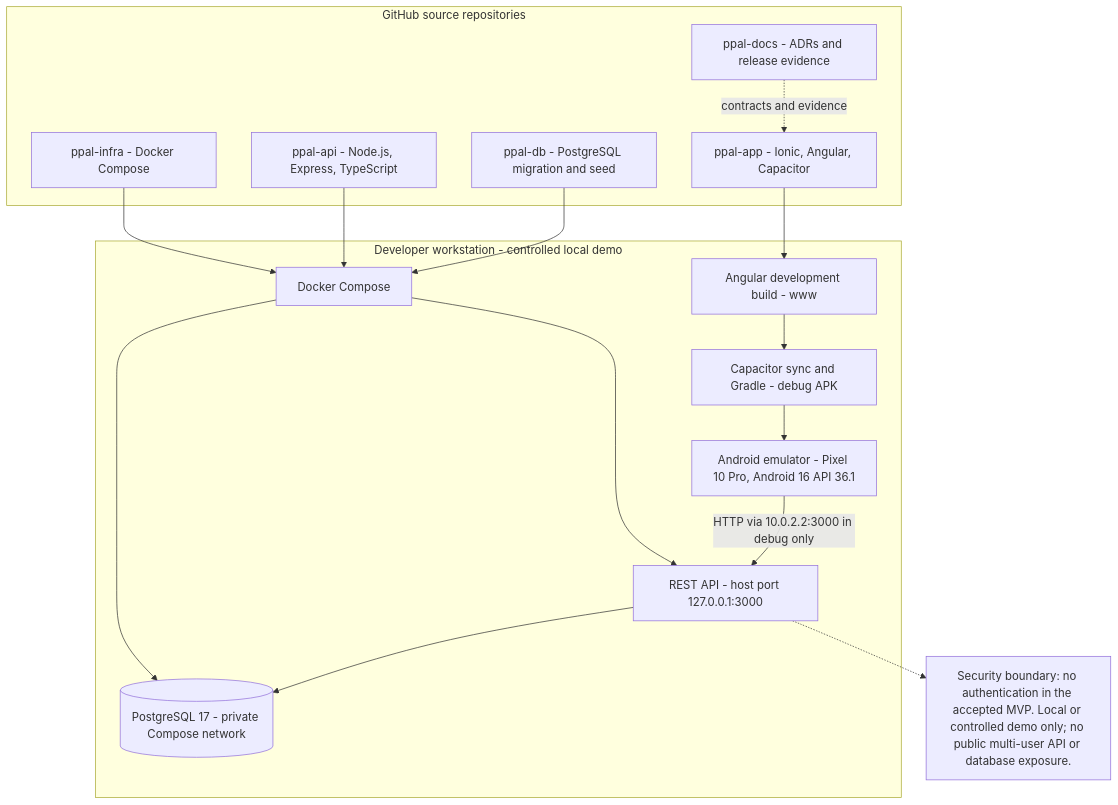
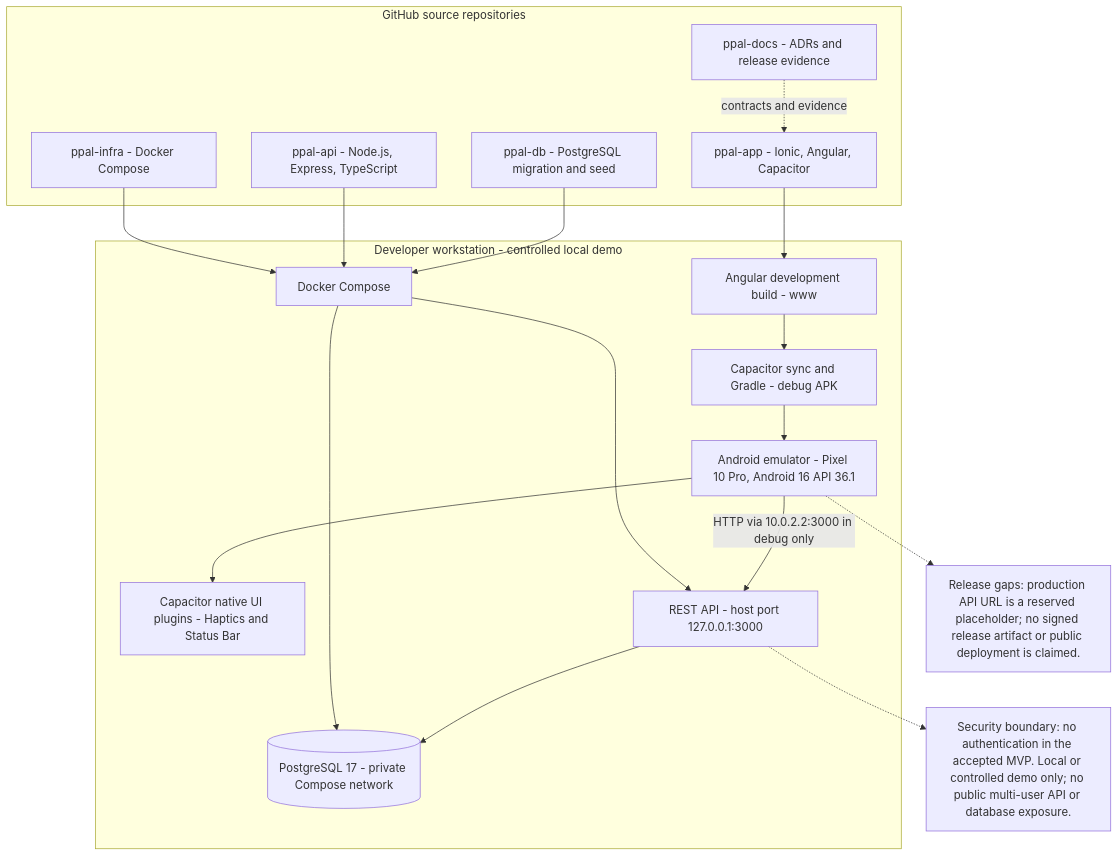
Before and after one commit to code-corhuila/ppal-docs: the diagram in 05-release/activity-3-deployment-architecture.mmd, drawn with Mermaid.

Commit message:
docs: show native UI plugins and debug-only API boundary

```diff
--- a/05-release/activity-3-deployment-architecture.mmd
+++ b/05-release/activity-3-deployment-architecture.mmd
@@ -1,32 +1,36 @@
 flowchart TB
   subgraph Repo["GitHub source repositories"]
     AppRepo["ppal-app - Ionic, Angular, Capacitor"]
     ApiRepo["ppal-api - Node.js, Express, TypeScript"]
     DbRepo["ppal-db - PostgreSQL migration and seed"]
     InfraRepo["ppal-infra - Docker Compose"]
     DocsRepo["ppal-docs - ADRs and release evidence"]
   end
 
   subgraph Workstation["Developer workstation - controlled local demo"]
     Android["Android emulator - Pixel 10 Pro, Android 16 API 36.1"]
+    NativeUi["Capacitor native UI plugins - Haptics and Status Bar"]
     WebBuild["Angular development build - www"]
     NativeBuild["Capacitor sync and Gradle - debug APK"]
     Compose["Docker Compose"]
     Api["REST API - host port 127.0.0.1:3000"]
     Db[("PostgreSQL 17 - private Compose network")]
   end
 
   AppRepo --> WebBuild
   WebBuild --> NativeBuild
   NativeBuild --> Android
+  Android --> NativeUi
   InfraRepo --> Compose
   ApiRepo --> Compose
   DbRepo --> Compose
   Compose --> Api
   Compose --> Db
   Api --> Db
   Android -->|HTTP via 10.0.2.2:3000 in debug only| Api
   DocsRepo -. contracts and evidence .-> AppRepo
 
+  ReleaseGap["Release gaps: production API URL is a reserved placeholder; no signed release artifact or public deployment is claimed."]
   Boundary["Security boundary: no authentication in the accepted MVP. Local or controlled demo only; no public multi-user API or database exposure."]
   Api -.-> Boundary
+  Android -.-> ReleaseGap
```
